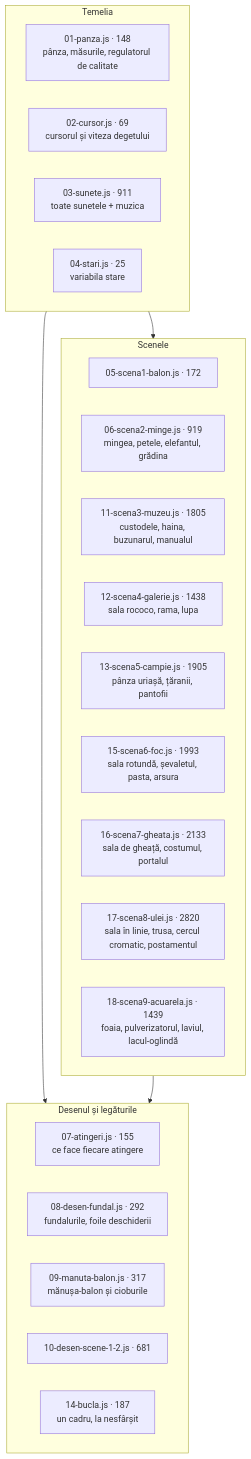
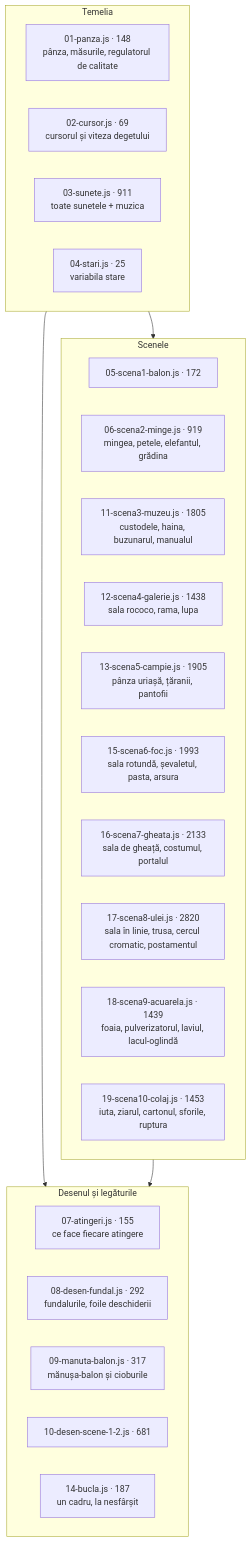
Before and after one commit to Whit3G9dNess/Viata-dintr-o-atingere: the seventh of 10 diagrams in ARCHITECTURE.md, drawn with Mermaid. The commit also changed other lines of this file and 9 other files, not shown here.

````diff
--- a/ARCHITECTURE.md
+++ b/ARCHITECTURE.md
@@ -398,30 +426,31 @@
 ```mermaid
 flowchart TB
   subgraph T["Temelia"]
     A1["01-panza.js · 148<br/>pânza, măsurile, regulatorul de calitate"]
     A2["02-cursor.js · 69<br/>cursorul și viteza degetului"]
     A3["03-sunete.js · 911<br/>toate sunetele + muzica"]
     A4["04-stari.js · 25<br/>variabila stare"]
   end
   subgraph S["Scenele"]
     B5["05-scena1-balon.js · 172"]
     B6["06-scena2-minge.js · 919<br/>mingea, petele, elefantul, grădina"]
     B11["11-scena3-muzeu.js · 1805<br/>custodele, haina, buzunarul, manualul"]
     B12["12-scena4-galerie.js · 1438<br/>sala rococo, rama, lupa"]
     B13["13-scena5-campie.js · 1905<br/>pânza uriașă, țăranii, pantofii"]
     B15["15-scena6-foc.js · 1993<br/>sala rotundă, șevaletul, pasta, arsura"]
     B16["16-scena7-gheata.js · 2133<br/>sala de gheață, costumul, portalul"]
     B17["17-scena8-ulei.js · 2820<br/>sala în linie, trusa, cercul cromatic, postamentul"]
     B18["18-scena9-acuarela.js · 1439<br/>foaia, pulverizatorul, laviul, lacul-oglindă"]
+    B19["19-scena10-colaj.js · 1453<br/>iuta, ziarul, cartonul, sforile, ruptura"]
   end
   subgraph D["Desenul și legăturile"]
     C7["07-atingeri.js · 155<br/>ce face fiecare atingere"]
     C8["08-desen-fundal.js · 292<br/>fundalurile, foile deschiderii"]
     C9["09-manuta-balon.js · 317<br/>mănușa-balon și cioburile"]
     C10["10-desen-scene-1-2.js · 681"]
     C14["14-bucla.js · 187<br/>un cadru, la nesfârșit"]
   end
   T --> S
   T --> D
   S --> D
 ```
````
